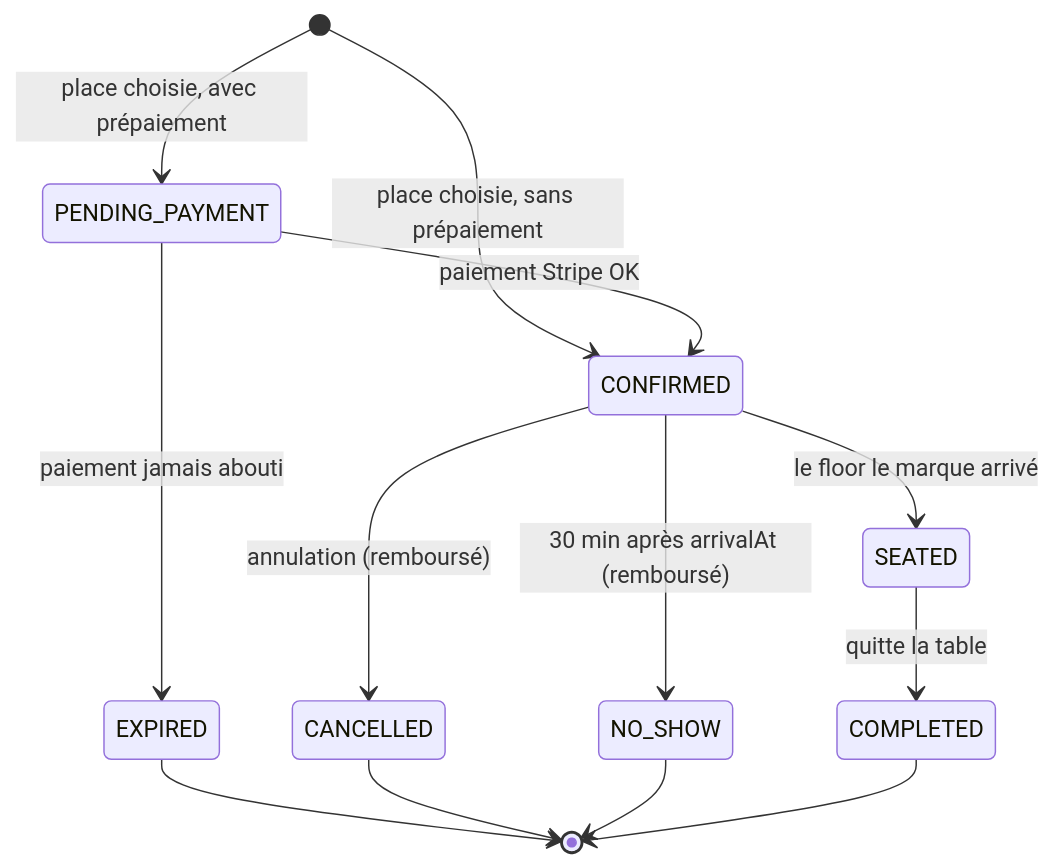
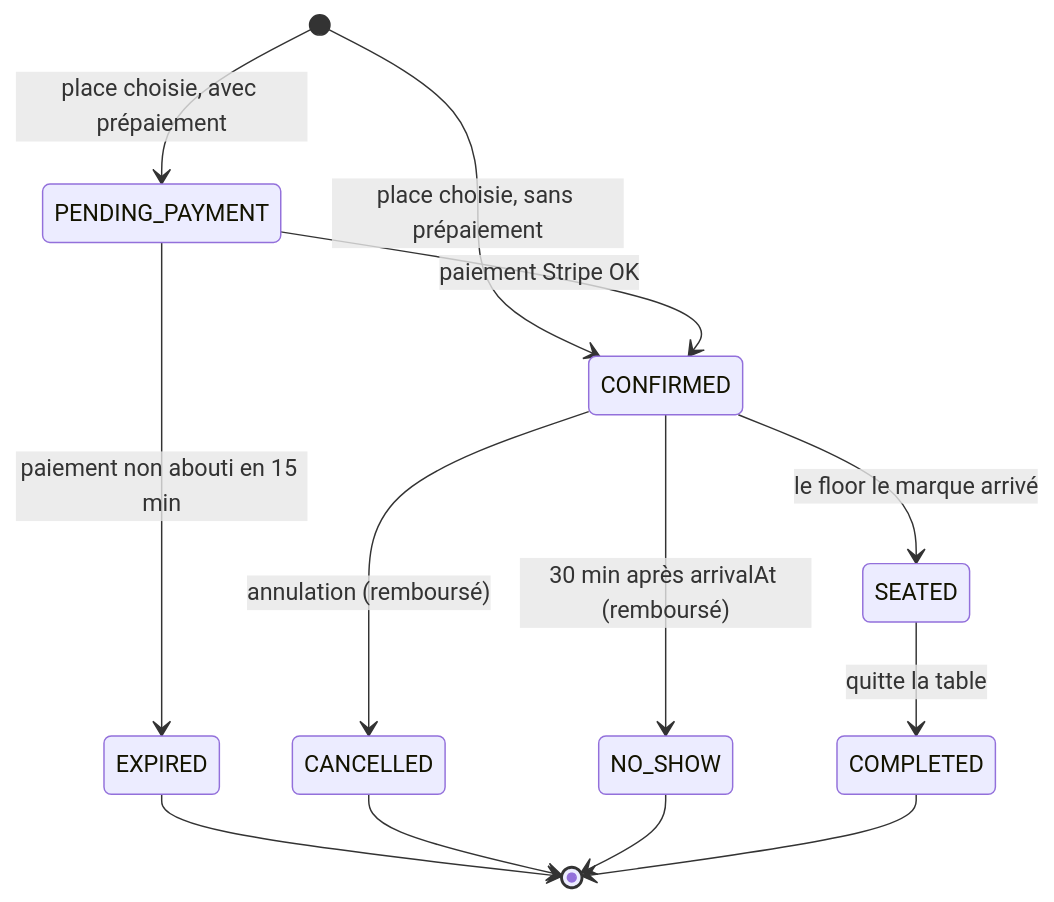
One commit to Les-razmokets/42-transcendence changed the second of 2 diagrams in docs/db-schema.md. Above: the diagram before and after it, drawn with Mermaid. The commit also changed other lines of this file, not shown here.

````diff
--- a/docs/db-schema.md
+++ b/docs/db-schema.md
@@ -123,15 +124,15 @@
 ```mermaid
 stateDiagram-v2
     [*] --> PENDING_PAYMENT : place choisie, avec prépaiement
     [*] --> CONFIRMED : place choisie, sans prépaiement
     PENDING_PAYMENT --> CONFIRMED : paiement Stripe OK
-    PENDING_PAYMENT --> EXPIRED : paiement jamais abouti
+    PENDING_PAYMENT --> EXPIRED : paiement non abouti en 15 min
     CONFIRMED --> SEATED : le floor le marque arrivé
     CONFIRMED --> CANCELLED : annulation (remboursé)
     CONFIRMED --> NO_SHOW : 30 min après arrivalAt (remboursé)
     SEATED --> COMPLETED : quitte la table
     EXPIRED --> [*]
     CANCELLED --> [*]
     NO_SHOW --> [*]
     COMPLETED --> [*]
 ```
````
